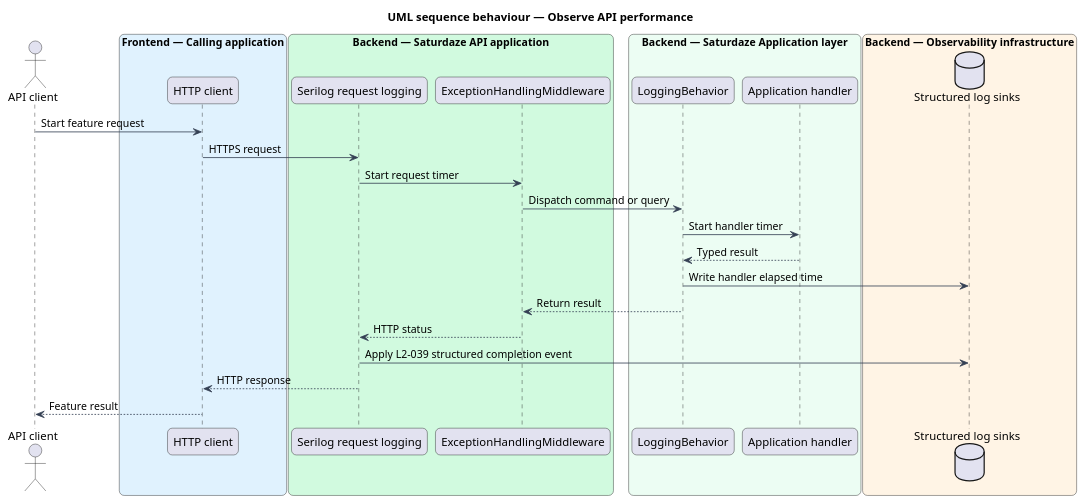
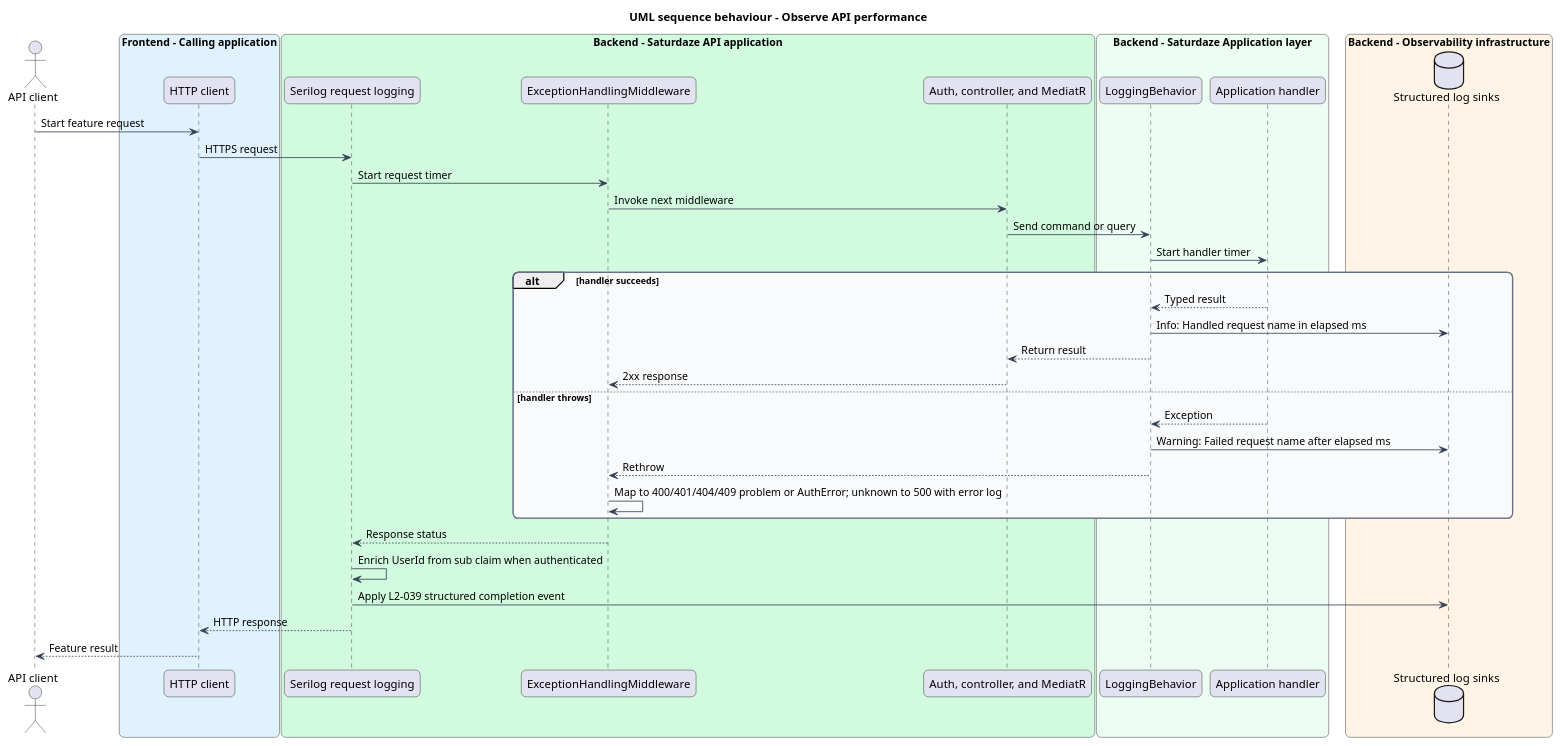
Before and after one commit to QuinntyneBrown/saturdaze: the diagram in docs/detailed-designs/operations/observe-api-performance/diagrams/sequence-observe-request.puml, drawn with PlantUML. The commit also changed 289 other files, not shown here.

```diff
--- a/docs/detailed-designs/operations/observe-api-performance/diagrams/sequence-observe-request.puml
+++ b/docs/detailed-designs/operations/observe-api-performance/diagrams/sequence-observe-request.puml
@@ -1,44 +1,55 @@
 @startuml
-title UML sequence behaviour — Observe API performance
+title UML sequence behaviour - Observe API performance
 skinparam backgroundColor #FFFFFF
 skinparam shadowing false
 skinparam roundcorner 12
 skinparam defaultFontName Arial
 skinparam ArrowColor #344054
 skinparam rectangle {
   BorderColor #344054
   FontColor #101828
 }
 skinparam package {
   BorderColor #667085
   FontColor #101828
   BackgroundColor #F9FAFB
 }
 actor "API client" as client
-box "Frontend — Calling application" #E0F2FE
+box "Frontend - Calling application" #E0F2FE
   participant "HTTP client" as http
 end box
-box "Backend — Saturdaze API application" #D1FADF
+box "Backend - Saturdaze API application" #D1FADF
   participant "Serilog request logging" as requestlog
   participant "ExceptionHandlingMiddleware" as errors
+  participant "Auth, controller, and MediatR" as controller
 end box
-box "Backend — Saturdaze Application layer" #ECFDF3
+box "Backend - Saturdaze Application layer" #ECFDF3
   participant "LoggingBehavior" as logging
   participant "Application handler" as handler
 end box
-box "Backend — Observability infrastructure" #FFF4E5
+box "Backend - Observability infrastructure" #FFF4E5
   database "Structured log sinks" as logs
 end box
 client -> http : Start feature request
 http -> requestlog : HTTPS request
 requestlog -> errors : Start request timer
-errors -> logging : Dispatch command or query
+errors -> controller : Invoke next middleware
+controller -> logging : Send command or query
 logging -> handler : Start handler timer
-handler --> logging : Typed result
-logging -> logs : Write handler elapsed time
-logging --> errors : Return result
-errors --> requestlog : HTTP status
+alt handler succeeds
+  handler --> logging : Typed result
+  logging -> logs : Info: Handled request name in elapsed ms
+  logging --> controller : Return result
+  controller --> errors : 2xx response
+else handler throws
+  handler --> logging : Exception
+  logging -> logs : Warning: Failed request name after elapsed ms
+  logging --> errors : Rethrow
+  errors -> errors : Map to 400/401/404/409 problem or AuthError; unknown to 500 with error log
+end
+errors --> requestlog : Response status
+requestlog -> requestlog : Enrich UserId from sub claim when authenticated
 requestlog -> logs : Apply L2-039 structured completion event
 requestlog --> http : HTTP response
 http --> client : Feature result
 @enduml
```
